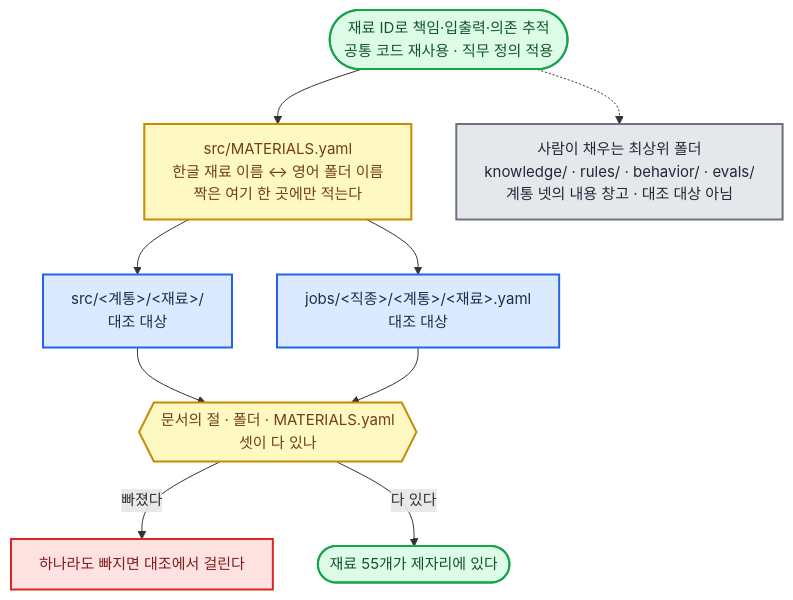
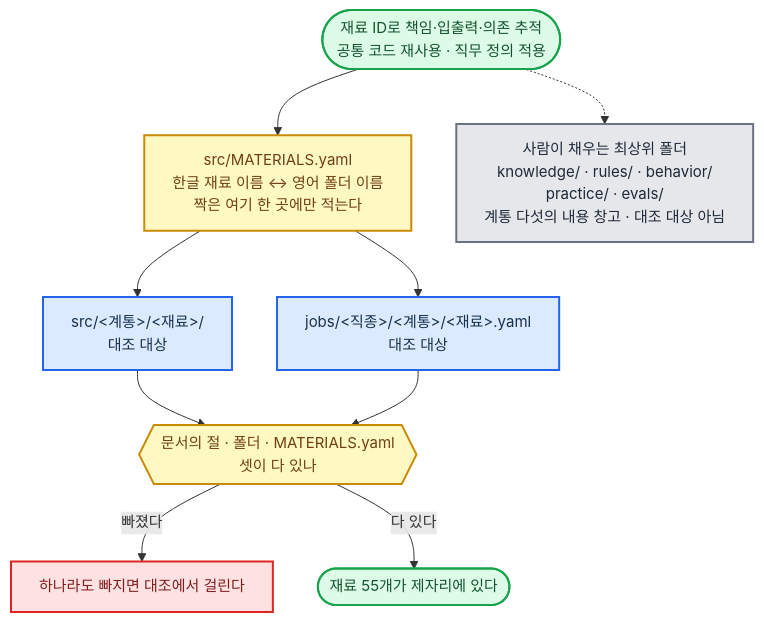
One commit to harisbaguette/expert changed diagram 38 of 43 in 전문가 에이전트 정의 2.md. Above: the diagram before and after it, drawn with Mermaid. The commit also changed other lines of this file and 41 other files, not shown here.

````diff
--- a/전문가 에이전트 정의 2.md
+++ b/전문가 에이전트 정의 2.md
@@ -3894,26 +3983,26 @@
 ```mermaid
 %%{init: {"flowchart": {"wrappingWidth": 640, "curve": "basis", "nodeSpacing": 45, "rankSpacing": 55, "padding": 14, "useMaxWidth": true}, "themeVariables": {"fontSize": "15px"}} }%%
 flowchart TB
     ROOT(["재료 ID로 책임·입출력·의존 추적<br/>공통 코드 재사용 · 직무 정의 적용"]):::good
     M["src/MATERIALS.yaml<br/>한글 재료 이름 ↔ 영어 폴더 이름<br/>짝은 여기 한 곳에만 적는다"]:::note
     T1["src/&lt;계통&gt;/&lt;재료&gt;/<br/>대조 대상"]:::main
     T2["jobs/&lt;직종&gt;/&lt;계통&gt;/&lt;재료&gt;.yaml<br/>대조 대상"]:::main
-    NC["사람이 채우는 최상위 폴더<br/>knowledge/ · rules/ · behavior/ · evals/<br/>계통 넷의 내용 창고 · 대조 대상 아님"]:::store
+    NC["사람이 채우는 최상위 폴더<br/>knowledge/ · rules/ · behavior/<br/>practice/ · evals/<br/>계통 다섯의 내용 창고 · 대조 대상 아님"]:::store
     CHK{{"문서의 절 · 폴더 · MATERIALS.yaml<br/>셋이 다 있나"}}:::note
     BAD["하나라도 빠지면 대조에서 걸린다"]:::stop
     OK(["재료 55개가 제자리에 있다"]):::good
     ROOT --> M
     M --> T1
     M --> T2
     ROOT -.-> NC
     T1 --> CHK
     T2 --> CHK
     CHK -- "빠졌다" --> BAD
     CHK -- "다 있다" --> OK
     classDef main fill:#dbeafe,stroke:#2563eb,stroke-width:2px,color:#17314f
     classDef stop fill:#fee2e2,stroke:#dc2626,stroke-width:2px,color:#7f1d1d
     classDef back fill:#ffedd5,stroke:#ea580c,stroke-width:2px,color:#7c2d12
     classDef store fill:#e5e7eb,stroke:#6b7280,stroke-width:2px,color:#1f2937
     classDef good fill:#dcfce7,stroke:#16a34a,stroke-width:2px,color:#14532d
     classDef note fill:#fef9c3,stroke:#ca8a04,stroke-width:2px,color:#713f12
 ```
````
